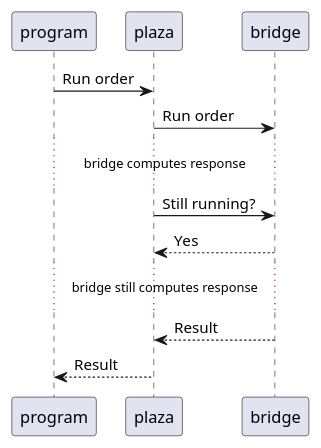
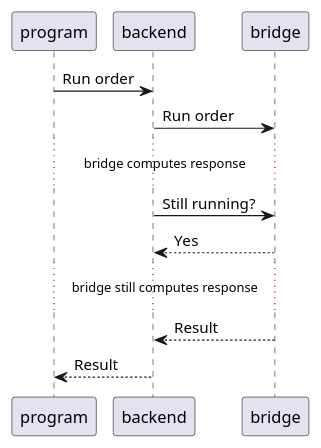
The second of 7 diagrams in docs/communications/sequence/bridges.puml (programaker-project/Programaker-Core), drawn with PlantUML before and after one commit. The commit also changed other lines of this file and 42 other files, not shown here.

```diff
--- a/docs/communications/sequence/bridges.puml
+++ b/docs/communications/sequence/bridges.puml
@@ -14,14 +14,14 @@
 @startuml long-running-operation.png
 participant program
-participant plaza
+participant backend
 participant bridge
 
-program -> plaza: Run order
-plaza -> bridge: Run order
+program -> backend: Run order
+backend -> bridge: Run order
 ... bridge computes response ...
-plaza -> bridge: Still running?
-plaza <-- bridge: Yes
+backend -> bridge: Still running?
+backend <-- bridge: Yes
 ... bridge still computes response ...
-plaza <-- bridge: Result
-program <-- plaza: Result
+backend <-- bridge: Result
+program <-- backend: Result
 @enduml
```
